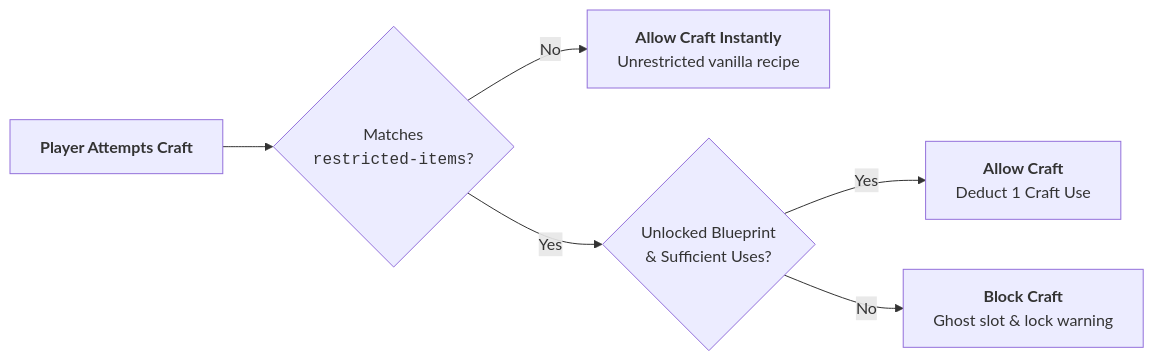
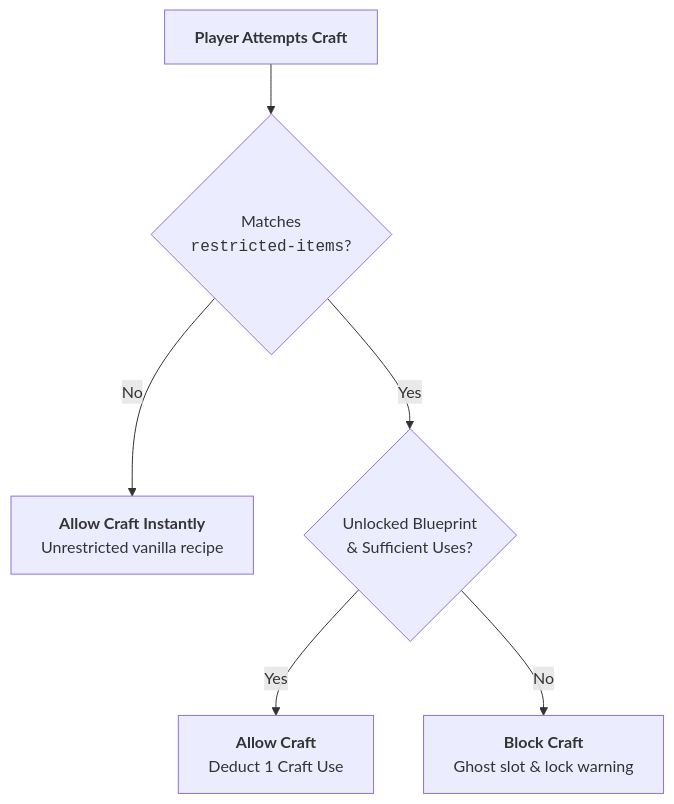
The diagram in docs/progression/recipe-restrictions.md (XZtotal/CraftingBlueprints-Wiki), drawn with Mermaid before and after one commit. The commit also changed 31 other files, not shown here.

Commit message:
style(docs): optimize diagram proportions, center all diagrams, and fix table padding

````diff
--- a/docs/progression/recipe-restrictions.md
+++ b/docs/progression/recipe-restrictions.md
@@ -11,8 +11,8 @@
 ```mermaid
-flowchart LR
+flowchart TD
     Attempt["<b>Player Attempts Craft</b>"] --> Check{"Matches<br/><code>restricted-items</code>?"}
     Check -->|No| Vanilla["<b>Allow Craft Instantly</b><br/>Unrestricted vanilla recipe"]
-    Check -->|Yes| BPCheck{"Unlocked Blueprint<br/>&amp; Sufficient Uses?"}
+    Check -->|Yes| BPCheck{"Unlocked Blueprint<br/>& Sufficient Uses?"}
     BPCheck -->|Yes| Allow["<b>Allow Craft</b><br/>Deduct 1 Craft Use"]
-    BPCheck -->|No| Block["<b>Block Craft</b><br/>Ghost slot &amp; lock warning"]
+    BPCheck -->|No| Block["<b>Block Craft</b><br/>Ghost slot & lock warning"]
 ```
````
